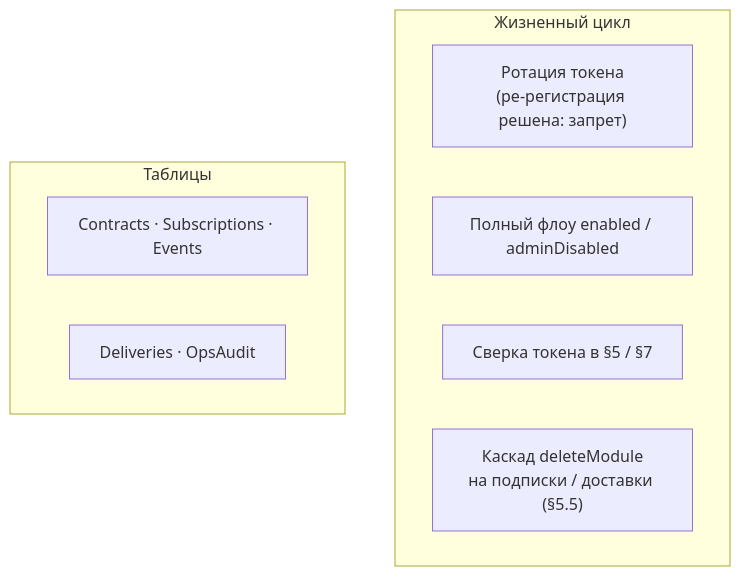
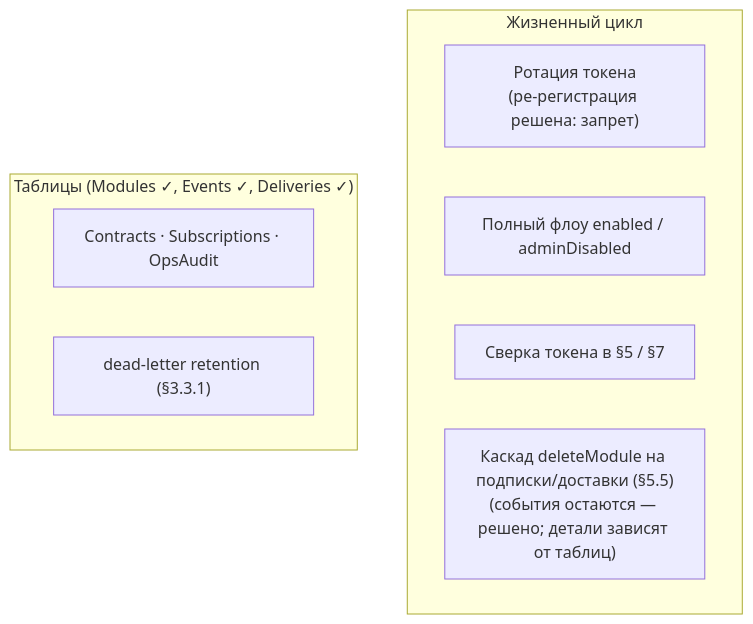
One commit to andrey-khudoley/Chatium changed the seventh of 7 diagrams in s.chtm.khudoley.pro/p/units/aley/bpm/core/docs/spec/spec-map.md. Above: the diagram before and after it, drawn with Mermaid. The commit also changed other lines of this file and 1 other file, not shown here.

````diff
--- a/s.chtm.khudoley.pro/p/units/aley/bpm/core/docs/spec/spec-map.md
+++ b/s.chtm.khudoley.pro/p/units/aley/bpm/core/docs/spec/spec-map.md
@@ -159,13 +190,13 @@
 ```mermaid
 flowchart TB
   subgraph LIFE["Жизненный цикл"]
     B1["Ротация токена<br/>(ре-регистрация решена: запрет)"]
     B2["Полный флоу enabled / adminDisabled"]
     B3["Сверка токена в §5 / §7"]
-    B4["Каскад deleteModule<br/>на подписки / доставки (§5.5)"]
+    B4["Каскад deleteModule на подписки/доставки (§5.5)<br/>(события остаются — решено; детали зависят от таблиц)"]
   end
-  subgraph TBL["Таблицы"]
-    C1["Contracts · Subscriptions · Events"]
-    C2["Deliveries · OpsAudit"]
+  subgraph TBL["Таблицы (Modules ✓, Events ✓, Deliveries ✓)"]
+    C1["Contracts · Subscriptions · OpsAudit"]
+    C2["dead-letter retention (§3.3.1)"]
   end
 ```
````
